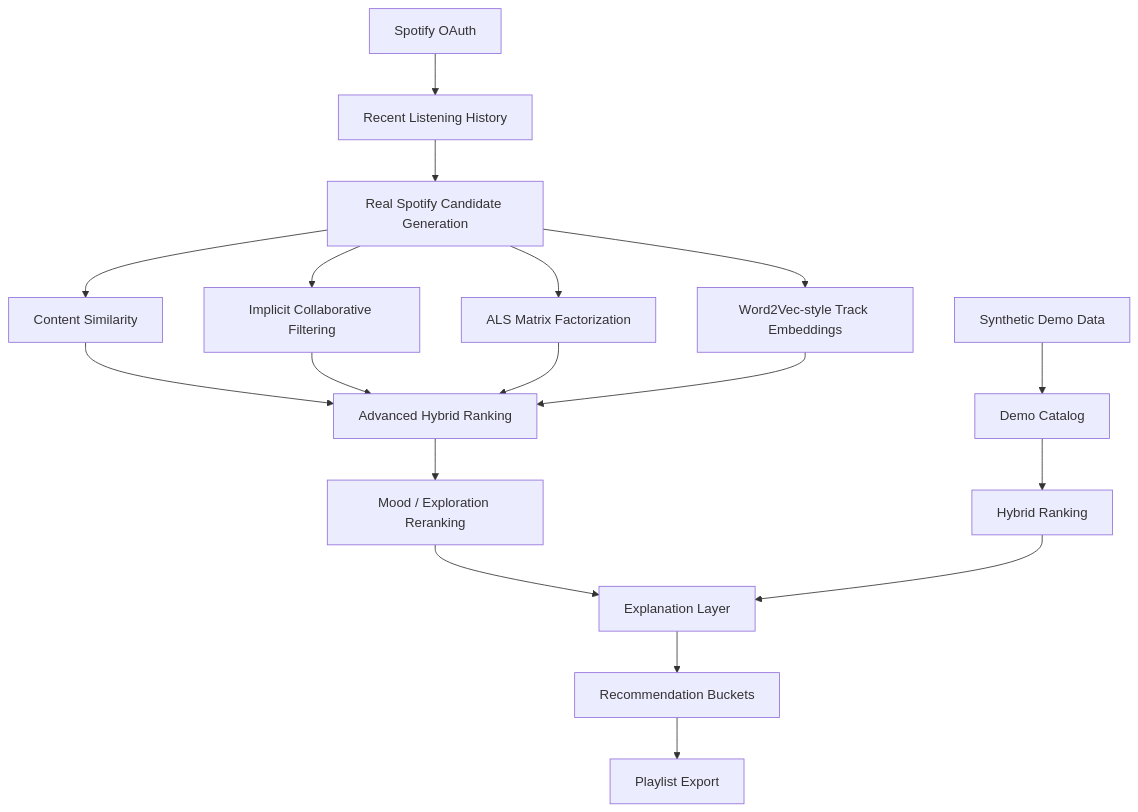
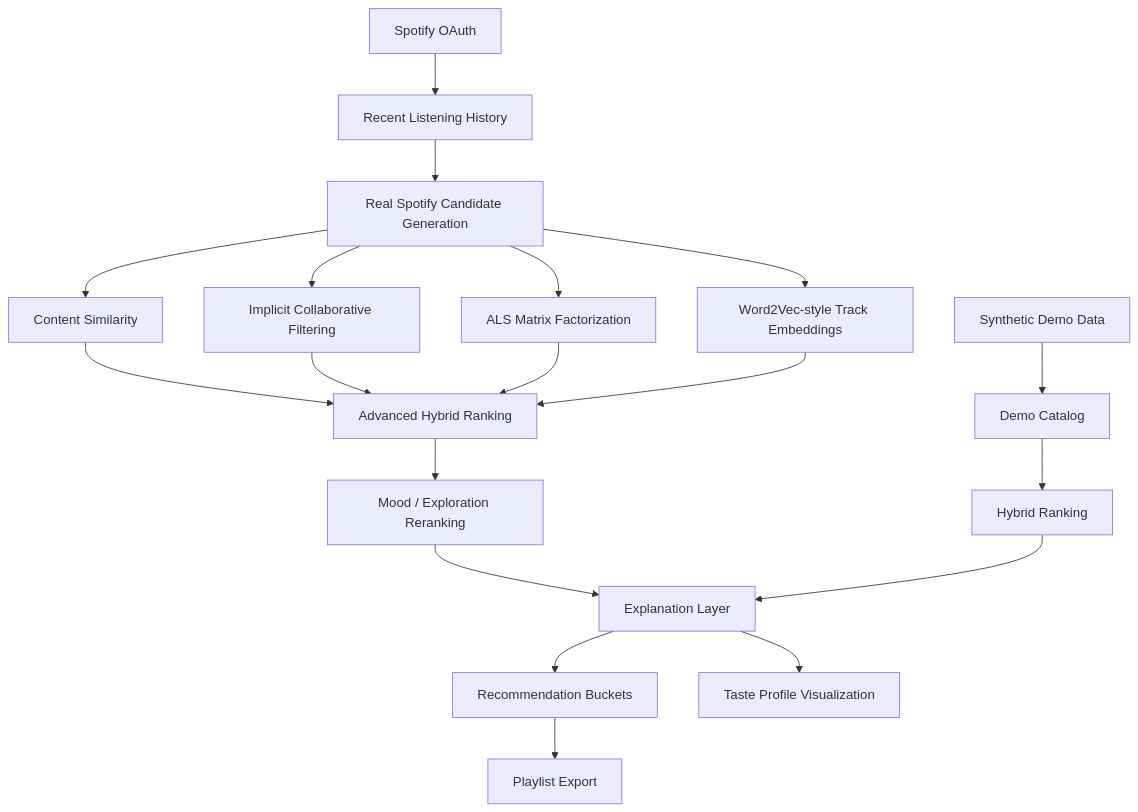
The diagram in README.md (Meredith0613/spotify-style-music-discovery-platform), drawn with Mermaid before and after one commit. The commit also changed other lines of this file and 3 other files, not shown here.

Commit message:
Add Spotify taste profile visualization

````diff
--- a/README.md
+++ b/README.md
@@ -57,21 +58,22 @@
 ```mermaid
 flowchart TD
     A[Spotify OAuth] --> B[Recent Listening History]
     B --> C[Real Spotify Candidate Generation]
     C --> D[Content Similarity]
     C --> E[Implicit Collaborative Filtering]
     C --> F[ALS Matrix Factorization]
     C --> G[Word2Vec-style Track Embeddings]
     D --> H[Advanced Hybrid Ranking]
     E --> H
     F --> H
     G --> H
     H --> I[Mood / Exploration Reranking]
     I --> J[Explanation Layer]
     J --> K[Recommendation Buckets]
-    K --> L[Playlist Export]
+    J --> L[Taste Profile Visualization]
+    K --> M[Playlist Export]
 
-    M[Synthetic Demo Data] --> N[Demo Catalog]
-    N --> O[Hybrid Ranking]
-    O --> J
+    N[Synthetic Demo Data] --> O[Demo Catalog]
+    O --> P[Hybrid Ranking]
+    P --> J
 ```
````
